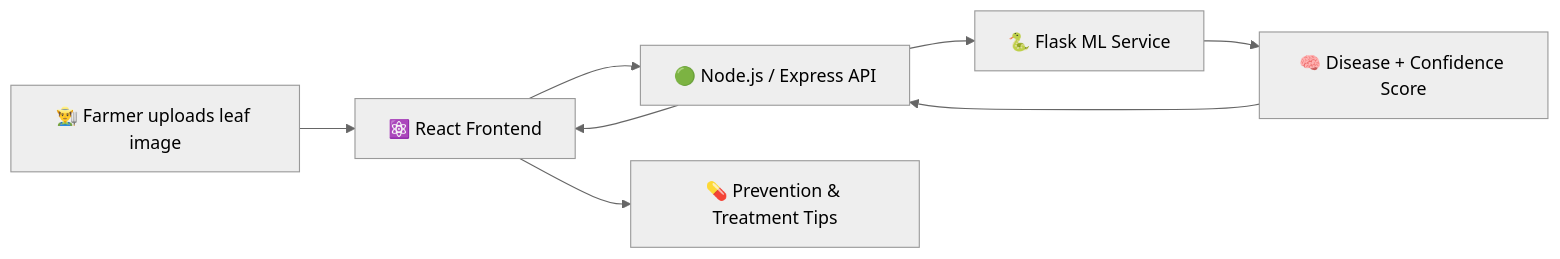
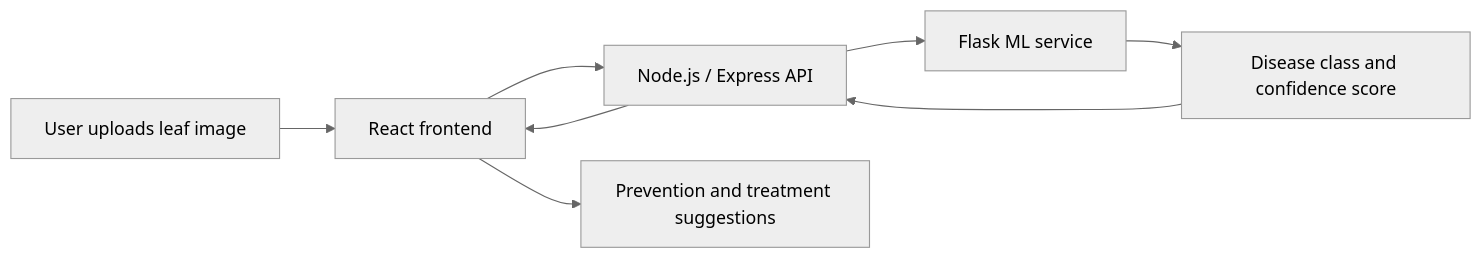
Before and after one commit to Sopanparnate/Sopanparnate: the diagram in README.md, drawn with Mermaid (neutral theme). The commit also changed other lines of this file, not shown here.

````diff
--- a/README.md
+++ b/README.md
@@ -208,10 +176,10 @@
 ```mermaid
 flowchart LR
-    A[👨‍🌾 Farmer uploads leaf image] --> B[⚛️ React Frontend]
-    B --> C[🟢 Node.js / Express API]
-    C --> D[🐍 Flask ML Service]
-    D --> E[🧠 Disease + Confidence Score]
+    A[User uploads leaf image] --> B[React frontend]
+    B --> C[Node.js / Express API]
+    C --> D[Flask ML service]
+    D --> E[Disease class and confidence score]
     E --> C
     C --> B
-    B --> F[💊 Prevention & Treatment Tips]
+    B --> F[Prevention and treatment suggestions]
 ```
````
